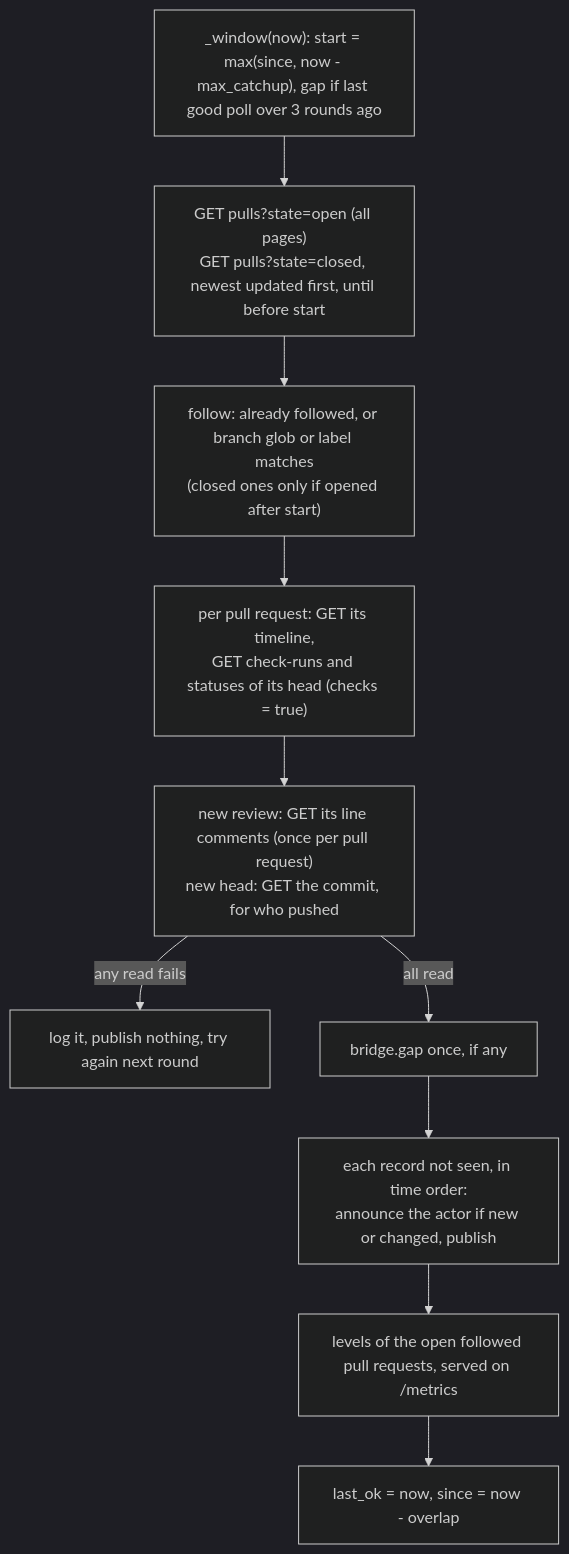
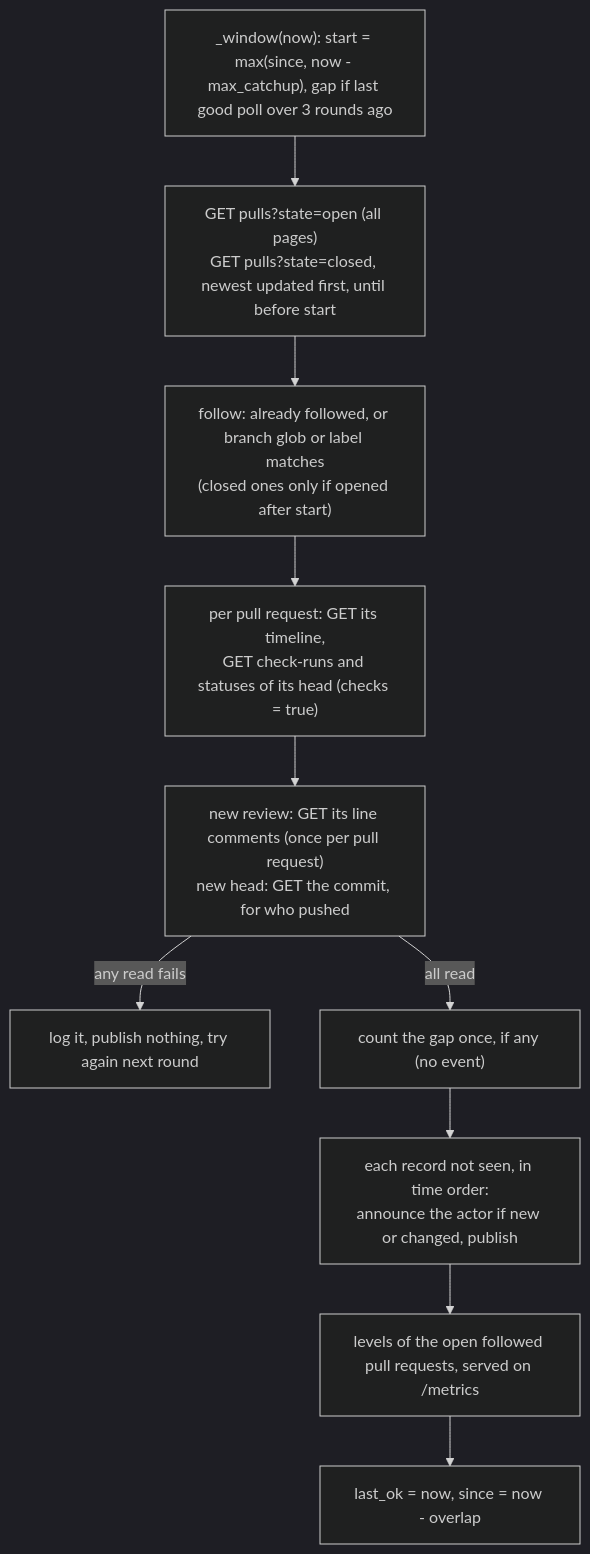
Before and after one commit to danroblewis/orchestra-bridges: the sixth of 8 diagrams in ARCHITECTURE.md, drawn with Mermaid (dark theme). The commit also changed other lines of this file and 3 other files, not shown here.

````diff
--- a/ARCHITECTURE.md
+++ b/ARCHITECTURE.md
@@ -1225,13 +1268,13 @@
 ```mermaid
 flowchart TB
     w["_window(now): start = max(since, now - max_catchup), gap if last good poll over 3 rounds ago"]
     w --> lists["GET pulls?state=open (all pages)<br/>GET pulls?state=closed, newest updated first, until before start"]
     lists --> follow["follow: already followed, or branch glob or label matches<br/>(closed ones only if opened after start)"]
     follow --> each["per pull request: GET its timeline,<br/>GET check-runs and statuses of its head (checks = true)"]
     each --> new["new review: GET its line comments (once per pull request)<br/>new head: GET the commit, for who pushed"]
     new -- "any read fails" --> fail["log it, publish nothing, try again next round"]
-    new -- "all read" --> gap["bridge.gap once, if any"]
+    new -- "all read" --> gap["count the gap once, if any (no event)"]
     gap --> pub["each record not seen, in time order:<br/>announce the actor if new or changed, publish"]
     pub --> lv["levels of the open followed pull requests, served on /metrics"]
     lv --> adv["last_ok = now, since = now - overlap"]
 ```
````
